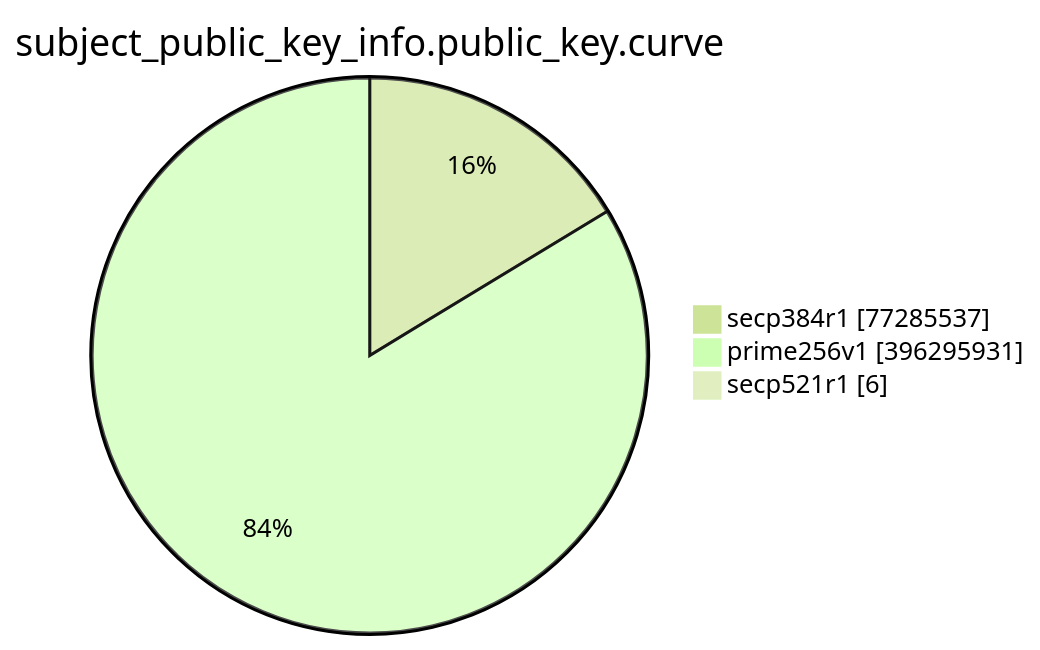
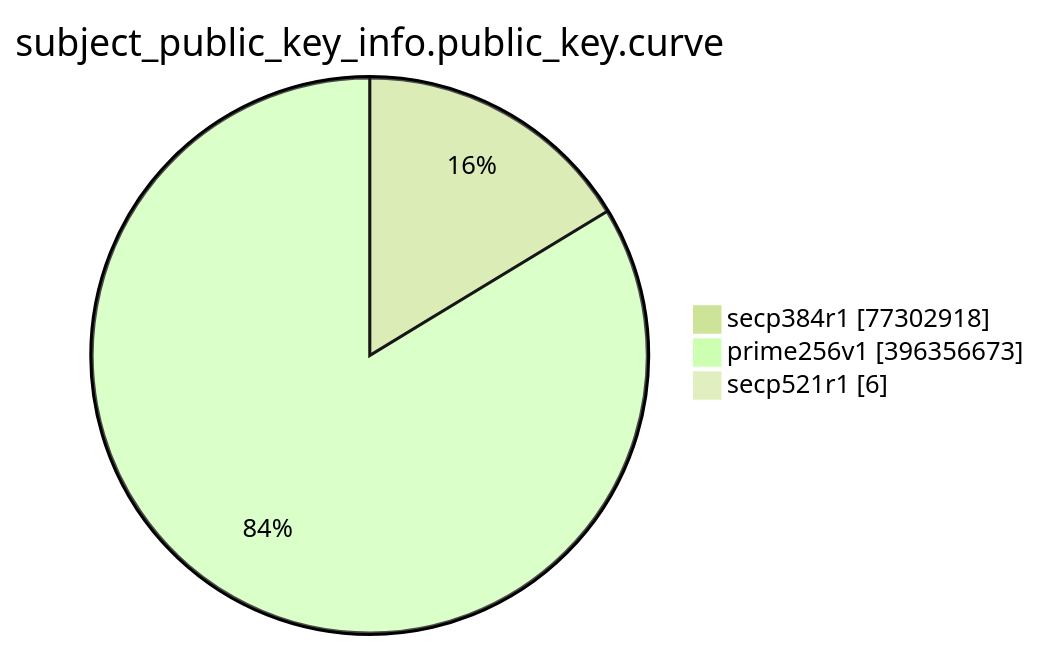
Before and after one commit to christiankrug/ctmonitor_visualization: the eighth of 15 diagrams in TOTAL/README.md, drawn with Mermaid (forest theme). The commit also changed other lines of this file, not shown here.

````diff
--- a/TOTAL/README.md
+++ b/TOTAL/README.md
@@ -3095,7 +3095,7 @@
 ```mermaid
 pie showData
 title subject_public_key_info.public_key.curve
-"secp384r1" :77285537
-"prime256v1" :396295931
+"secp384r1" :77302918
+"prime256v1" :396356673
 "secp521r1" :6
 ```
````
